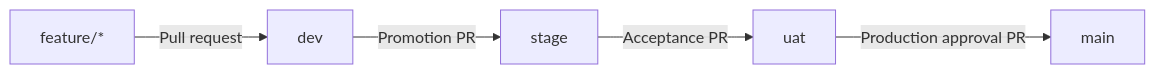
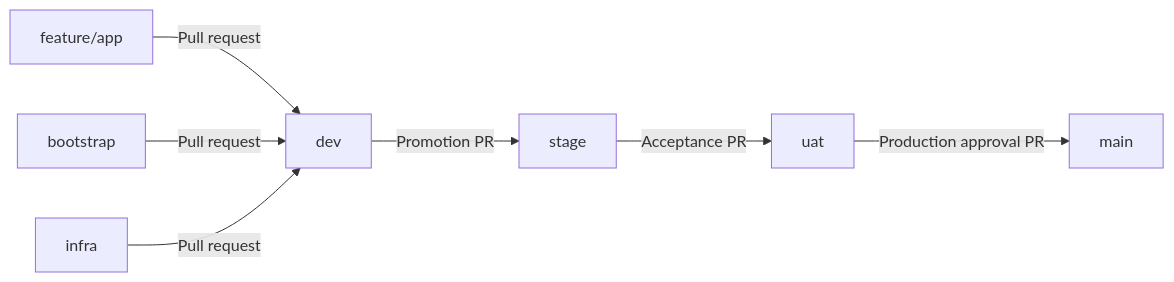
Before and after one commit to mhachem110/BankingReleasePlatform-AWS-EKS: the diagram in docs/governance/README.md, drawn with Mermaid. The commit also changed other lines of this file and 1 other file, not shown here.

````diff
--- a/docs/governance/README.md
+++ b/docs/governance/README.md
@@ -7,7 +7,9 @@
 ```mermaid
 flowchart LR
-  F["feature/*"] -->|Pull request| D[dev]
+  A["feature/app"] -->|Pull request| D[dev]
+  B[bootstrap] -->|Pull request| D
+  I[infra] -->|Pull request| D
   D -->|Promotion PR| S[stage]
   S -->|Acceptance PR| U[uat]
   U -->|Production approval PR| M[main]
 ```
````
